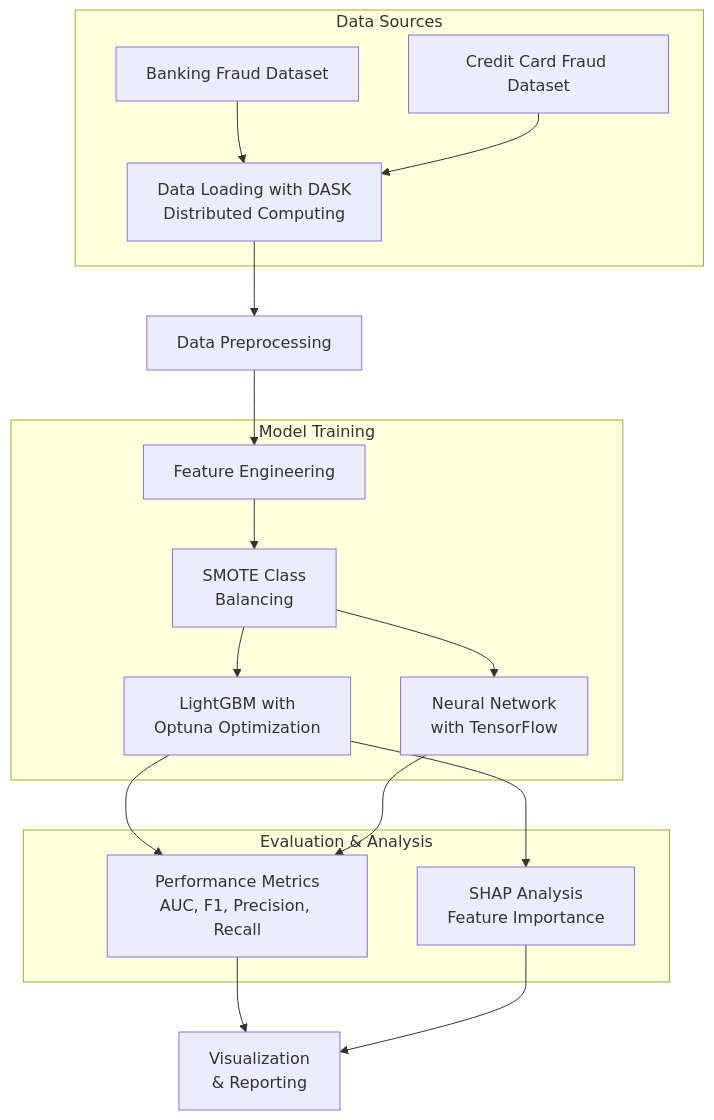
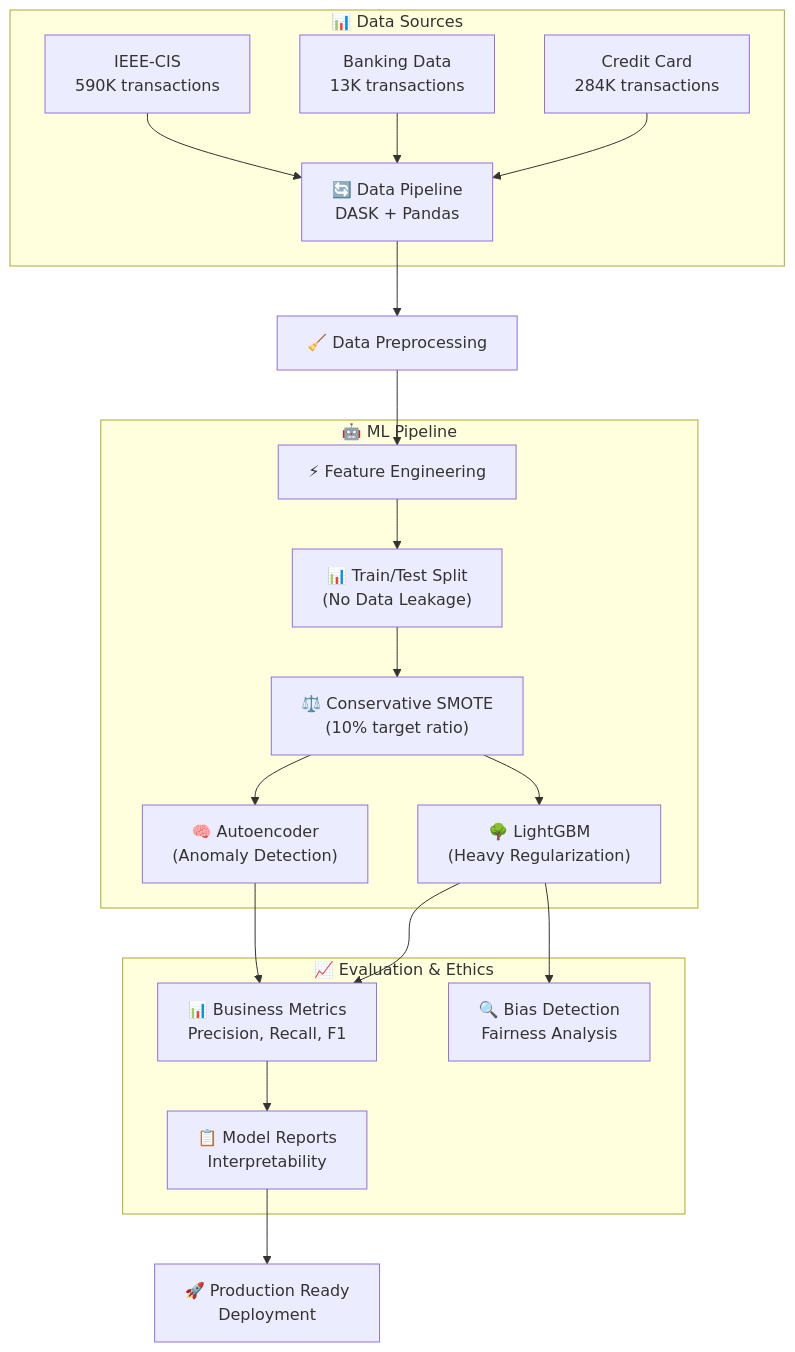
The diagram in projects/project13-dsc680/README.md (UKOMAL/Komal-Shahid-DS-Portfolio), drawn with Mermaid before and after one commit. The commit also changed other lines of this file and 6 other files, not shown here.

First line of the commit message:
✨ Add Project13 Fraud Detection System to portfolio

````diff
--- a/projects/project13-dsc680/README.md
+++ b/projects/project13-dsc680/README.md
@@ -15,25 +39,27 @@
 ```mermaid
 graph TD
-    subgraph "Data Sources"
-        A1["Banking Fraud Dataset"] --> B
-        A2["Credit Card Fraud Dataset"] --> B
+    subgraph "📊 Data Sources"
+        A1["Credit Card<br/>284K transactions"] --> B
+        A2["Banking Data<br/>13K transactions"] --> B
+        A3["IEEE-CIS<br/>590K transactions"] --> B
     end
     
-    B["Data Loading with DASK<br/>Distributed Computing"] --> C["Data Preprocessing"]
-    C --> D["Feature Engineering"]
+    B["🔄 Data Pipeline<br/>DASK + Pandas"] --> C["🧹 Data Preprocessing"]
+    C --> D["⚡ Feature Engineering"]
     
-    subgraph "Model Training"
-        D --> E1["SMOTE Class<br/>Balancing"]
-        E1 --> F1["LightGBM with<br/>Optuna Optimization"]
-        E1 --> F2["Neural Network<br/>with TensorFlow"]
+    subgraph "🤖 ML Pipeline"
+        D --> E1["📊 Train/Test Split<br/>(No Data Leakage)"]
+        E1 --> E2["⚖️ Conservative SMOTE<br/>(10% target ratio)"]
+        E2 --> F1["🌳 LightGBM<br/>(Heavy Regularization)"]
+        E2 --> F2["🧠 Autoencoder<br/>(Anomaly Detection)"]
     end
     
-    subgraph "Evaluation & Analysis"
-        F1 --> G1["Performance Metrics<br/>AUC, F1, Precision, Recall"]
+    subgraph "📈 Evaluation & Ethics"
+        F1 --> G1["📊 Business Metrics<br/>Precision, Recall, F1"]
         F2 --> G1
-        F1 --> G2["SHAP Analysis<br/>Feature Importance"]
+        F1 --> G2["🔍 Bias Detection<br/>Fairness Analysis"]
+        G1 --> G3["📋 Model Reports<br/>Interpretability"]
     end
     
-    G1 --> H["Visualization<br/>& Reporting"]
-    G2 --> H
+    G3 --> H["🚀 Production Ready<br/>Deployment"]
 ```
````
